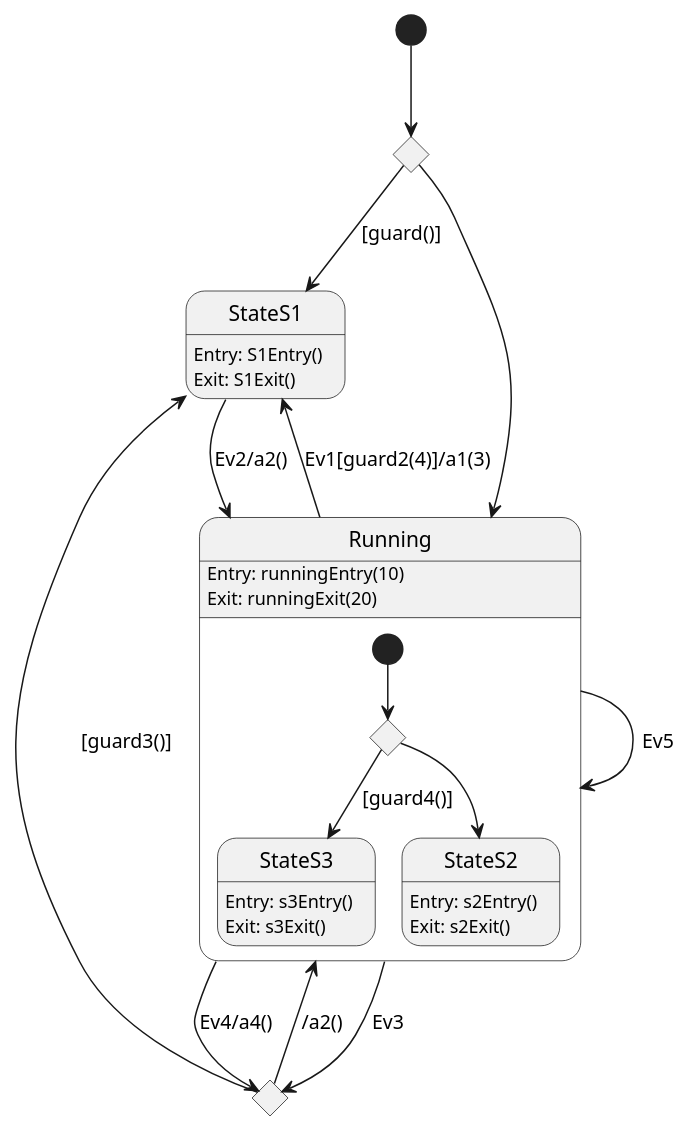
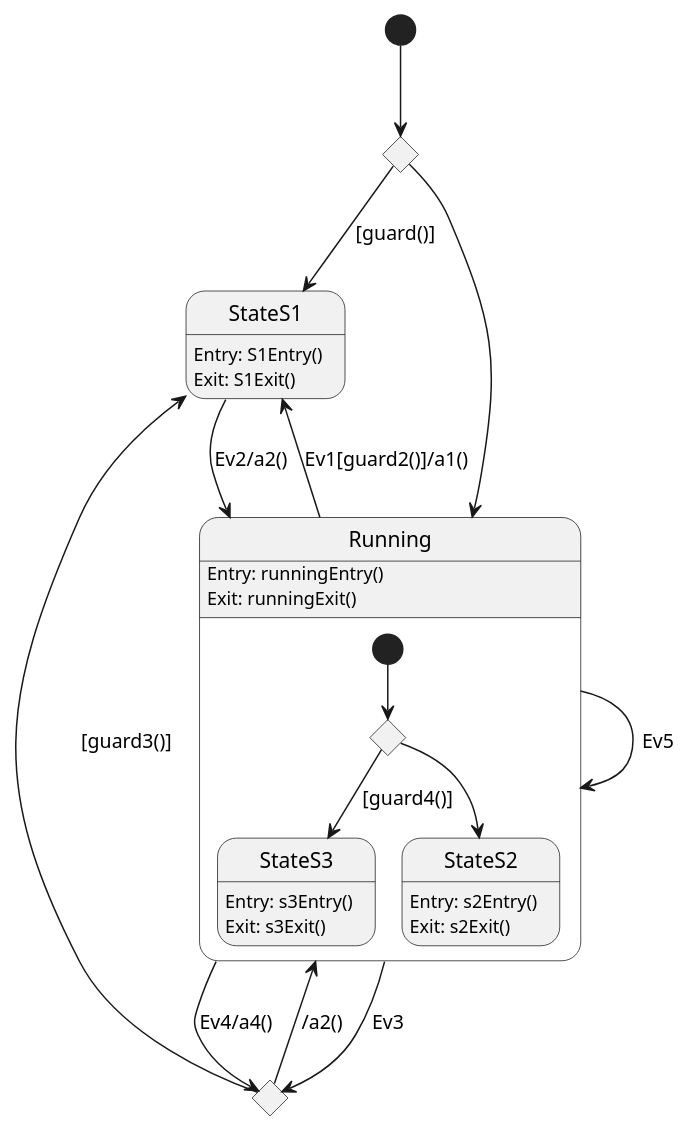
Before and after one commit to JPLOpenSource/STARS: the diagram in models/TestModels/cameo/Cameo.plantuml, drawn with PlantUML. The commit also changed 193 other files, not shown here.

```diff
--- a/models/TestModels/cameo/Cameo.plantuml
+++ b/models/TestModels/cameo/Cameo.plantuml
@@ -2,41 +2,41 @@
 @startuml
 state c1 <<choice>>
 state c3 <<choice>>
 
 [*] --> c1
 c1 --> StateS1: [guard()]
 c1 --> Running
 
 
 state StateS1 {
     StateS1:Entry: S1Entry()
     StateS1:Exit: S1Exit()
 }
 
 state Running {
     state c2 <<choice>>
     [*] --> c2
     c2 --> StateS3: [guard4()]
     c2 --> StateS2
-    Running:Entry: runningEntry(10)
-    Running:Exit: runningExit(20)
+    Running:Entry: runningEntry()
+    Running:Exit: runningExit()
     state StateS2 {
         StateS2:Entry: s2Entry()
         StateS2:Exit: s2Exit()
 
     }
     state StateS3 {
         StateS3:Entry: s3Entry()
         StateS3:Exit: s3Exit()
 
     }
 }
 
 Running --> Running: Ev5
 Running --> c3: Ev4/a4()
 c3 --> Running: /a2()
 c3 --> StateS1: [guard3()]
 Running --> c3: Ev3
-Running --> StateS1: Ev1[guard2(4)]/a1(3)
+Running --> StateS1: Ev1[guard2()]/a1()
 StateS1 --> Running: Ev2/a2()
 @enduml
```
